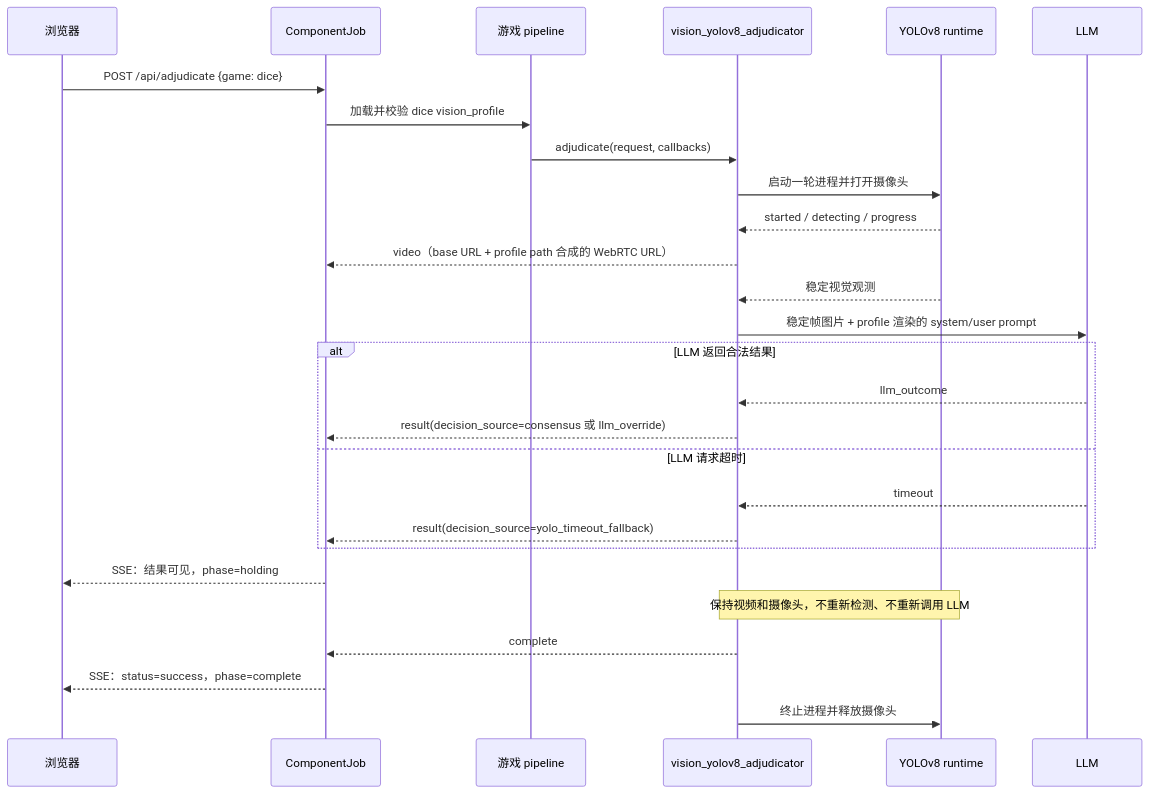
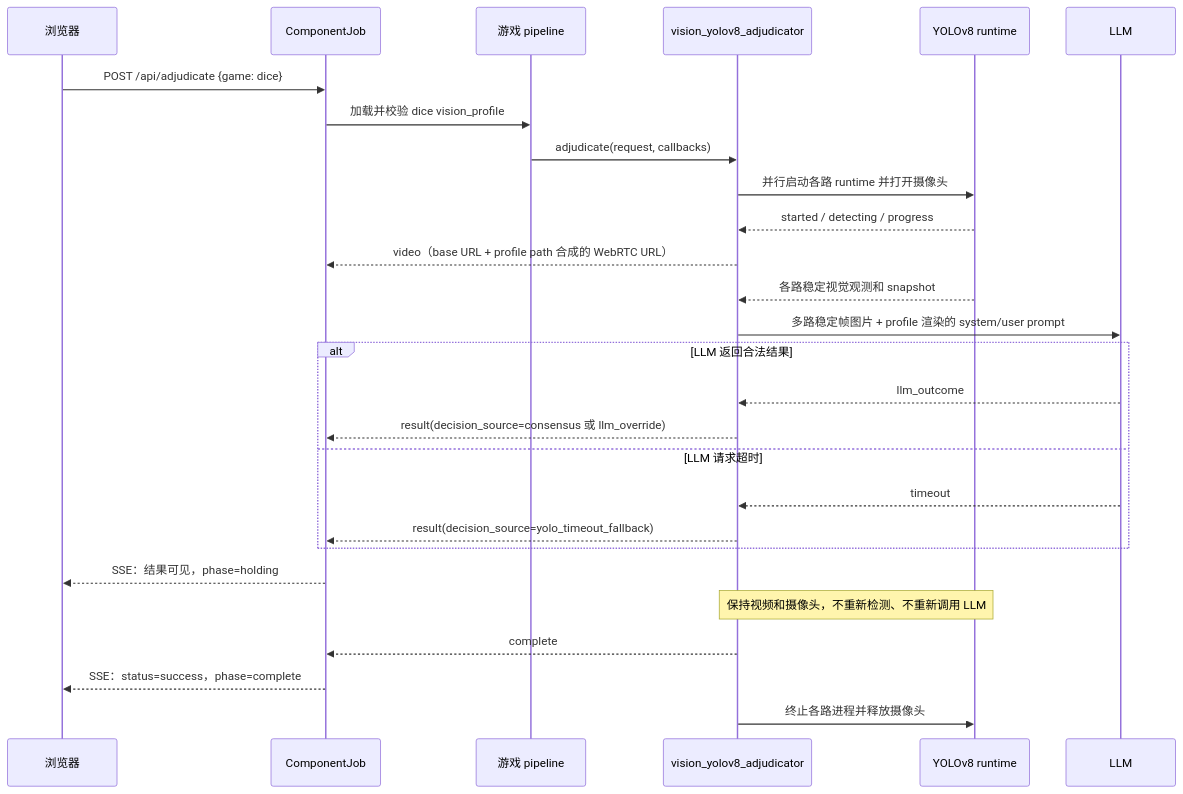
One commit to Fitz8863/spacemitk3-dice_demo changed the diagram in docs/superpowers/specs/2026-08-29-vision-yolov8-adjudicator-design.md. Above: the diagram before and after it, drawn with Mermaid. The commit also changed other lines of this file, not shown here.

````diff
--- a/docs/superpowers/specs/2026-08-29-vision-yolov8-adjudicator-design.md
+++ b/docs/superpowers/specs/2026-08-29-vision-yolov8-adjudicator-design.md
@@ -297,30 +341,30 @@
 ```mermaid
 sequenceDiagram
     participant Web as 浏览器
     participant Job as ComponentJob
     participant Pipe as 游戏 pipeline
     participant V as vision_yolov8_adjudicator
     participant C as YOLOv8 runtime
     participant L as LLM
 
     Web->>Job: POST /api/adjudicate {game: dice}
     Job->>Pipe: 加载并校验 dice vision_profile
     Pipe->>V: adjudicate(request, callbacks)
-    V->>C: 启动一轮进程并打开摄像头
+    V->>C: 并行启动各路 runtime 并打开摄像头
     C-->>V: started / detecting / progress
     V-->>Job: video（base URL + profile path 合成的 WebRTC URL）
-    C-->>V: 稳定视觉观测
-    V->>L: 稳定帧图片 + profile 渲染的 system/user prompt
+    C-->>V: 各路稳定视觉观测和 snapshot
+    V->>L: 多路稳定帧图片 + profile 渲染的 system/user prompt
     alt LLM 返回合法结果
         L-->>V: llm_outcome
         V-->>Job: result(decision_source=consensus 或 llm_override)
     else LLM 请求超时
         L-->>V: timeout
         V-->>Job: result(decision_source=yolo_timeout_fallback)
     end
     Job-->>Web: SSE：结果可见，phase=holding
     Note over V,C: 保持视频和摄像头，不重新检测、不重新调用 LLM
     V-->>Job: complete
     Job-->>Web: SSE：status=success，phase=complete
-    V->>C: 终止进程并释放摄像头
+    V->>C: 终止各路进程并释放摄像头
 ```
````
